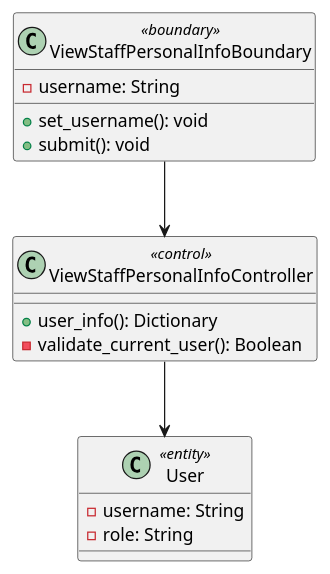
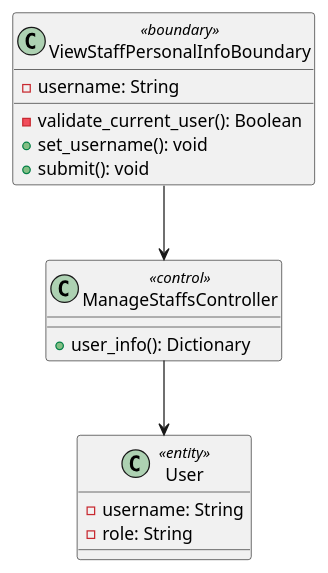
One commit to LapTQ/MCT changed the diagram in docs/UML/Class Diagrams/view-staff-personal-info.pu. Above: the diagram before and after it, drawn with PlantUML. The commit also changed 10 other files, not shown here.

```diff
--- a/docs/UML/Class Diagrams/view-staff-personal-info.pu
+++ b/docs/UML/Class Diagrams/view-staff-personal-info.pu
@@ -1,24 +1,24 @@
 @startuml
 
 class ViewStaffPersonalInfoBoundary <<boundary>> {
     - username: String
     
+    - validate_current_user(): Boolean
     + set_username(): void
     + submit(): void
 }
 
-class ViewStaffPersonalInfoController <<control>> {
+class ManageStaffsController <<control>> {
 
     + user_info(): Dictionary
-    - validate_current_user(): Boolean
 }
 
 class User <<entity>> {
     - username: String
     - role: String
 }
 
-ViewStaffPersonalInfoBoundary --> ViewStaffPersonalInfoController
-ViewStaffPersonalInfoController --> User
+ViewStaffPersonalInfoBoundary --> ManageStaffsController
+ManageStaffsController --> User
 
 @enduml
```
